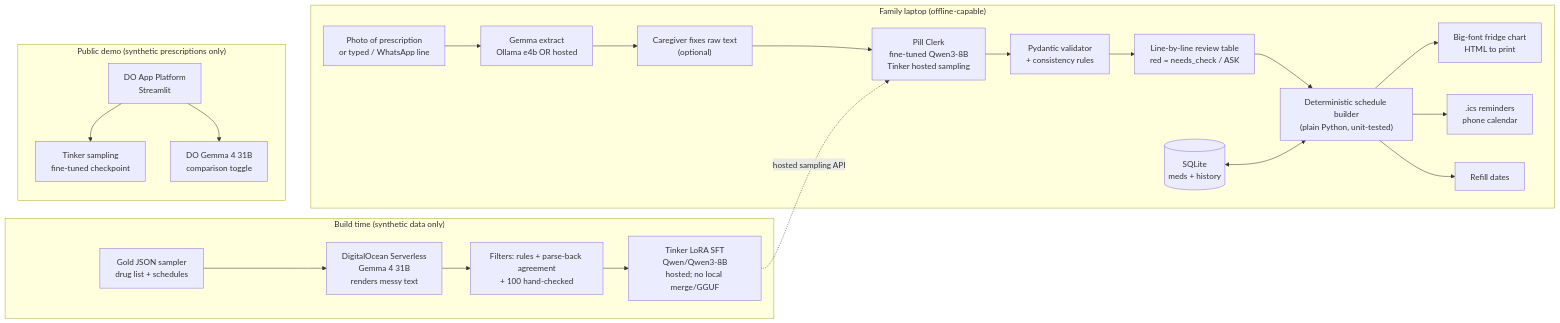
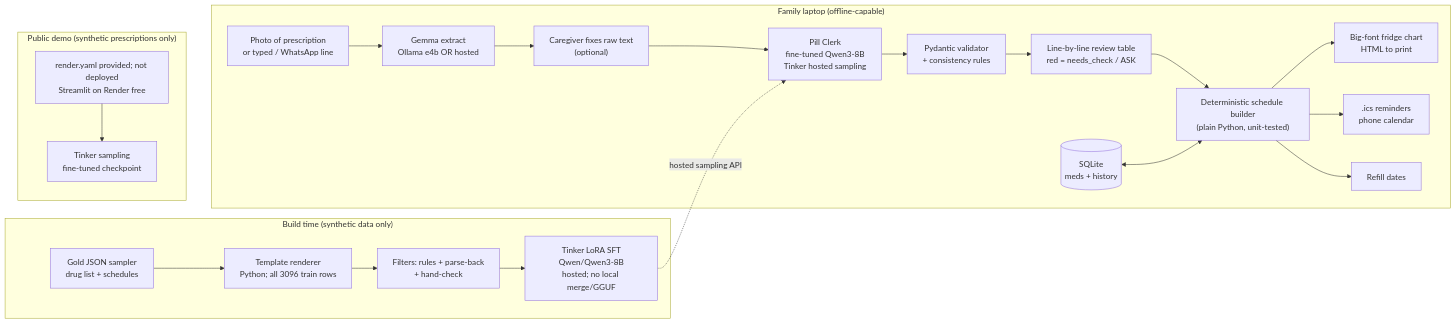
The first of 4 diagrams in IDEA.md (Vedant817/aaji-pill-clerk), drawn with Mermaid before and after one commit. The commit also changed other lines of this file and 45 other files, not shown here.

````diff
--- a/IDEA.md
+++ b/IDEA.md
@@ -138,28 +138,27 @@
 ```mermaid
 flowchart LR
     subgraph HOME["Family laptop (offline-capable)"]
         IN["Photo of prescription<br/>or typed / WhatsApp line"] --> OCR["Gemma extract<br/>Ollama e4b OR hosted"]
         OCR --> REV1["Caregiver fixes raw text<br/>(optional)"]
         REV1 --> PC["Pill Clerk<br/>fine-tuned Qwen3-8B<br/>Tinker hosted sampling"]
         PC --> VAL["Pydantic validator<br/>+ consistency rules"]
         VAL --> REV2["Line-by-line review table<br/>red = needs_check / ASK"]
         REV2 --> SCH["Deterministic schedule builder<br/>(plain Python, unit-tested)"]
         SCH --> CHART["Big-font fridge chart<br/>HTML to print"]
         SCH --> ICS[".ics reminders<br/>phone calendar"]
         SCH --> REFILL["Refill dates"]
         DB[("SQLite<br/>meds + history")] <--> SCH
     end
 
     subgraph BUILD["Build time (synthetic data only)"]
-        SAMP["Gold JSON sampler<br/>drug list + schedules"] --> DO["DigitalOcean Serverless<br/>Gemma 4 31B<br/>renders messy text"]
-        DO --> FILT["Filters: rules + parse-back agreement<br/>+ 100 hand-checked"]
+        SAMP["Gold JSON sampler<br/>drug list + schedules"] --> TPL["Template renderer<br/>Python; all 3096 train rows"]
+        TPL --> FILT["Filters: rules + parse-back<br/>+ hand-check"]
         FILT --> TK["Tinker LoRA SFT<br/>Qwen/Qwen3-8B<br/>hosted; no local merge/GGUF"]
     end
 
     TK -.->|"hosted sampling API"| PC
 
     subgraph CLOUD["Public demo (synthetic prescriptions only)"]
-        APP["DO App Platform<br/>Streamlit"] --> TKS["Tinker sampling<br/>fine-tuned checkpoint"]
-        APP --> DOG["DO Gemma 4 31B<br/>comparison toggle"]
+        APP["render.yaml provided; not deployed<br/>Streamlit on Render free"] --> TKS["Tinker sampling<br/>fine-tuned checkpoint"]
     end
 ```
````
